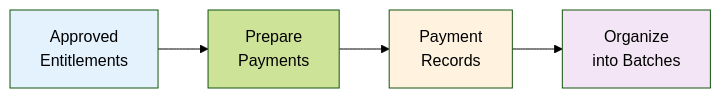
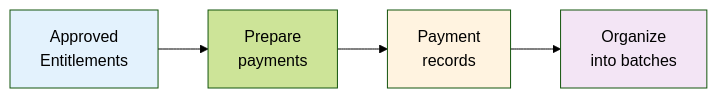
One commit to OpenSPP/documentation changed the third of 4 diagrams in docs/learn/concepts/payments.md. Above: the diagram before and after it, drawn with Mermaid (forest theme). The commit also changed other lines of this file and 36 other files, not shown here.

````diff
--- a/docs/learn/concepts/payments.md
+++ b/docs/learn/concepts/payments.md
@@ -124,10 +124,10 @@
 ```{mermaid}
 graph LR
-    E[Approved<br/>Entitlements] --> P[Prepare<br/>Payments]
-    P --> R[Payment<br/>Records]
-    R --> B[Organize<br/>into Batches]
+    E[Approved<br/>Entitlements] --> P[Prepare<br/>payments]
+    P --> R[Payment<br/>records]
+    R --> B[Organize<br/>into batches]
 
     style E fill:#e3f2fd
     style R fill:#fff3e0
     style B fill:#f3e5f5
 ```
````
